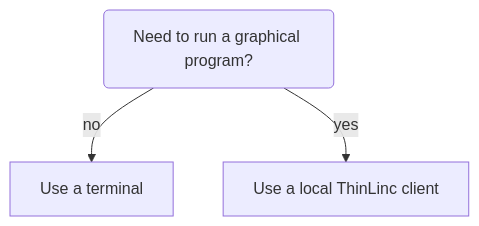
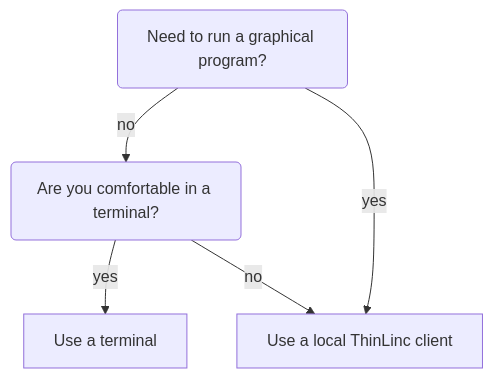
Before and after one commit to jonaslindemann/NAISS-support-web: the diagram in docs/dardel/login/login.md, drawn with Mermaid. The commit also changed other lines of this file, not shown here.

Commit message:
Better flowchart

````diff
--- a/docs/dardel/login/login.md
+++ b/docs/dardel/login/login.md
@@ -33,9 +33,12 @@
 ```mermaid
 flowchart TD
   need_gui(Need to run a graphical program?)
+  comfortable_with_terminal(Are you comfortable in a terminal?)
   use_terminal[Use a terminal]
-  use_local[Use a local ThinLinc client]
+  use_thinlinc[Use a local ThinLinc client]
 
-  need_gui --> |no| use_terminal
-  need_gui --> |yes| use_local
+  need_gui --> |no| comfortable_with_terminal
+  comfortable_with_terminal --> |yes| use_terminal
+  comfortable_with_terminal --> |no| use_thinlinc
+  need_gui --> |yes| use_thinlinc
 ```
````
